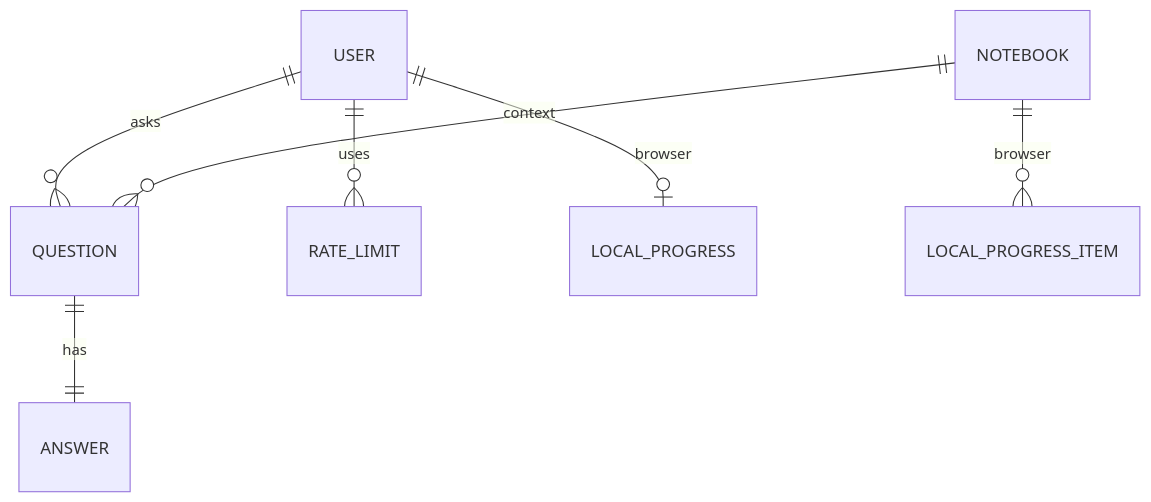
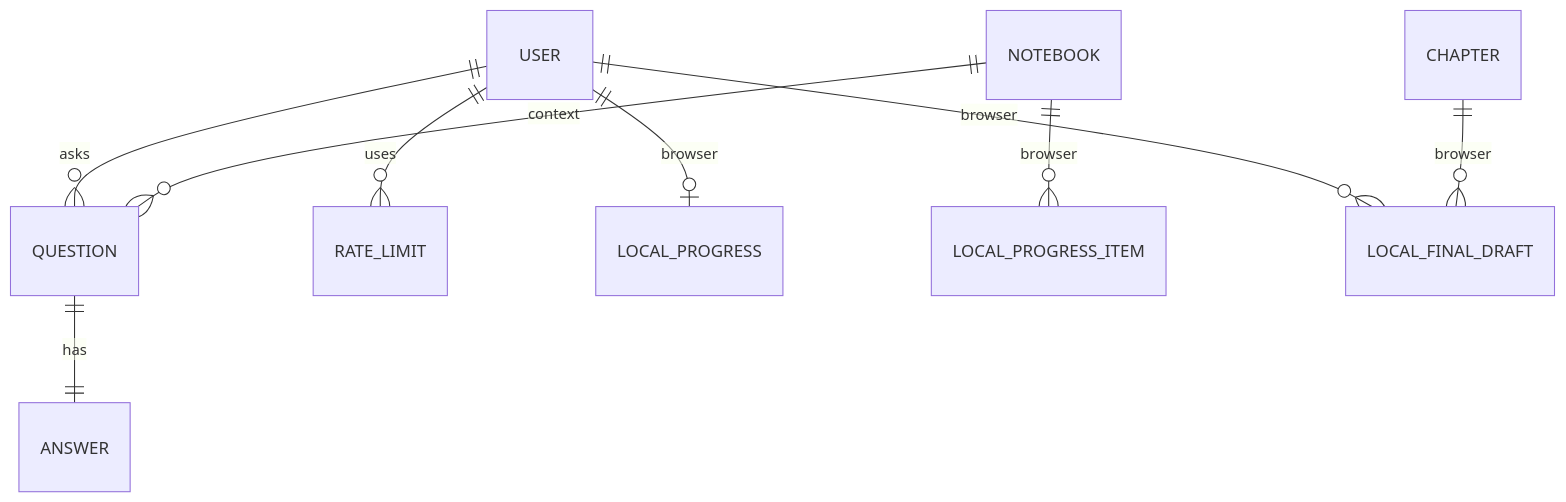
The first of 2 diagrams in docs/data-model-v2.md (mani1261790/Noema), drawn with Mermaid before and after one commit. The commit also changed other lines of this file and 6 other files, not shown here.

````diff
--- a/docs/data-model-v2.md
+++ b/docs/data-model-v2.md
@@ -23,10 +23,12 @@
 ```mermaid
 erDiagram
   USER ||--o{ QUESTION : asks
   QUESTION ||--|| ANSWER : has
   USER ||--o{ RATE_LIMIT : uses
   NOTEBOOK ||--o{ QUESTION : context
 
   USER ||--o| LOCAL_PROGRESS : browser
   NOTEBOOK ||--o{ LOCAL_PROGRESS_ITEM : browser
+  USER ||--o{ LOCAL_FINAL_DRAFT : browser
+  CHAPTER ||--o{ LOCAL_FINAL_DRAFT : browser
 ```
````
